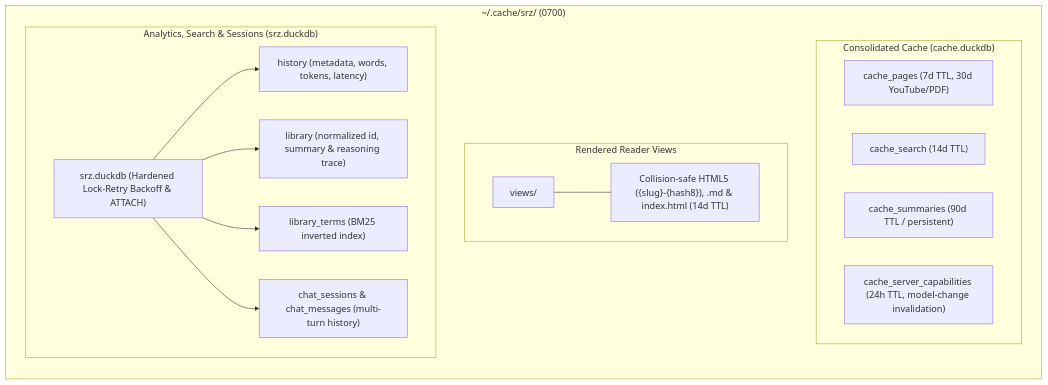
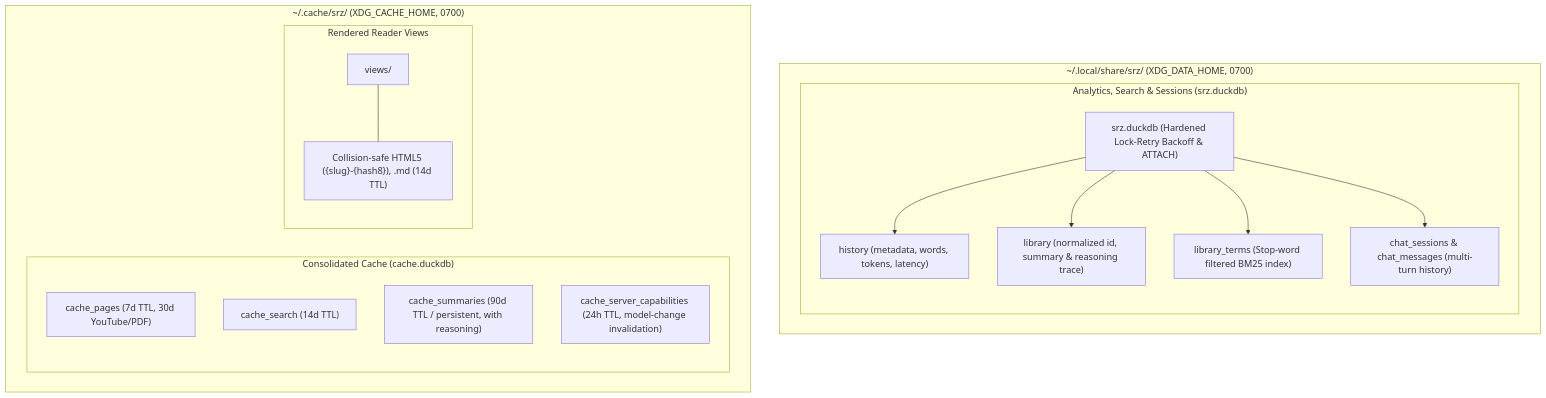
The fourth of 4 diagrams in docs/src/architecture.md (NewGuy012/srz), drawn with Mermaid before and after one commit. The commit also changed other lines of this file, not shown here.

Commit message:
docs: update architecture with EPUB pipeline, cache fast-path, and BM25 calibration

````diff
--- a/docs/src/architecture.md
+++ b/docs/src/architecture.md
@@ -242,21 +245,24 @@
 ```mermaid
-graph LR
-    subgraph Root["~/.cache/srz/ (0700)"]
-        subgraph CacheEngine["Consolidated Cache (cache.duckdb)"]
-            CP["cache_pages (7d TTL, 30d YouTube/PDF)"]
-            CS["cache_search (14d TTL)"]
-            CM["cache_summaries (90d TTL / persistent)"]
-            CC["cache_server_capabilities (24h TTL, model-change invalidation)"]
-        end
-        subgraph ViewsDir["Rendered Reader Views"]
-            V["views/"] --- V_desc["Collision-safe HTML5 ({slug}-{hash8}), .md & index.html (14d TTL)"]
-        end
+graph TD
+    subgraph DataRoot["~/.local/share/srz/ (XDG_DATA_HOME, 0700)"]
         subgraph LibraryDB["Analytics, Search & Sessions (srz.duckdb)"]
             D["srz.duckdb (Hardened Lock-Retry Backoff & ATTACH)"]
             D --> T1["history (metadata, words, tokens, latency)"]
             D --> T2["library (normalized id, summary & reasoning trace)"]
-            D --> T3["library_terms (BM25 inverted index)"]
+            D --> T3["library_terms (Stop-word filtered BM25 index)"]
             D --> T4["chat_sessions & chat_messages (multi-turn history)"]
         end
     end
+
+    subgraph CacheRoot["~/.cache/srz/ (XDG_CACHE_HOME, 0700)"]
+        subgraph CacheEngine["Consolidated Cache (cache.duckdb)"]
+            CP["cache_pages (7d TTL, 30d YouTube/PDF)"]
+            CS["cache_search (14d TTL)"]
+            CM["cache_summaries (90d TTL / persistent, with reasoning)"]
+            CC["cache_server_capabilities (24h TTL, model-change invalidation)"]
+        end
+        subgraph ViewsDir["Rendered Reader Views"]
+            V["views/"] --- V_desc["Collision-safe HTML5 ({slug}-{hash8}), .md (14d TTL)"]
+        end
+    end
 ```
````
